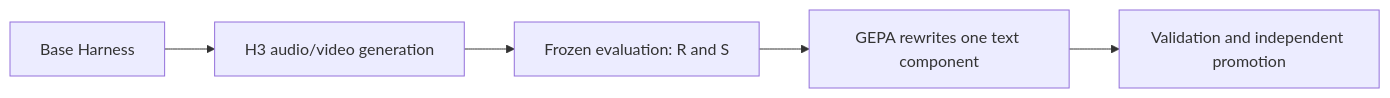
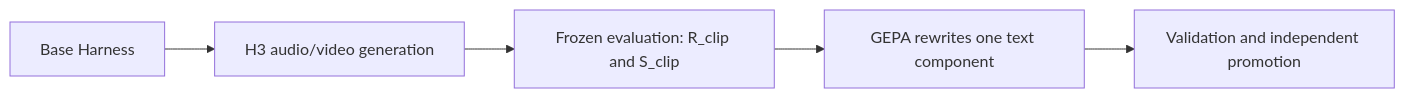
One commit to HaFred/H3-rsi changed the diagram in slides_md/03-harness-workflow.md. Above: the diagram before and after it, drawn with Mermaid. The commit also changed other lines of this file and 29 other files, not shown here.

````diff
--- a/slides_md/03-harness-workflow.md
+++ b/slides_md/03-harness-workflow.md
@@ -7,7 +7,7 @@
 ```mermaid
 flowchart LR
   A[Base Harness] --> B[H3 audio/video generation]
-  B --> C[Frozen evaluation: R and S]
+  B --> C[Frozen evaluation: R_clip and S_clip]
   C --> D[GEPA rewrites one text component]
   D --> E[Validation and independent promotion]
 ```
````
